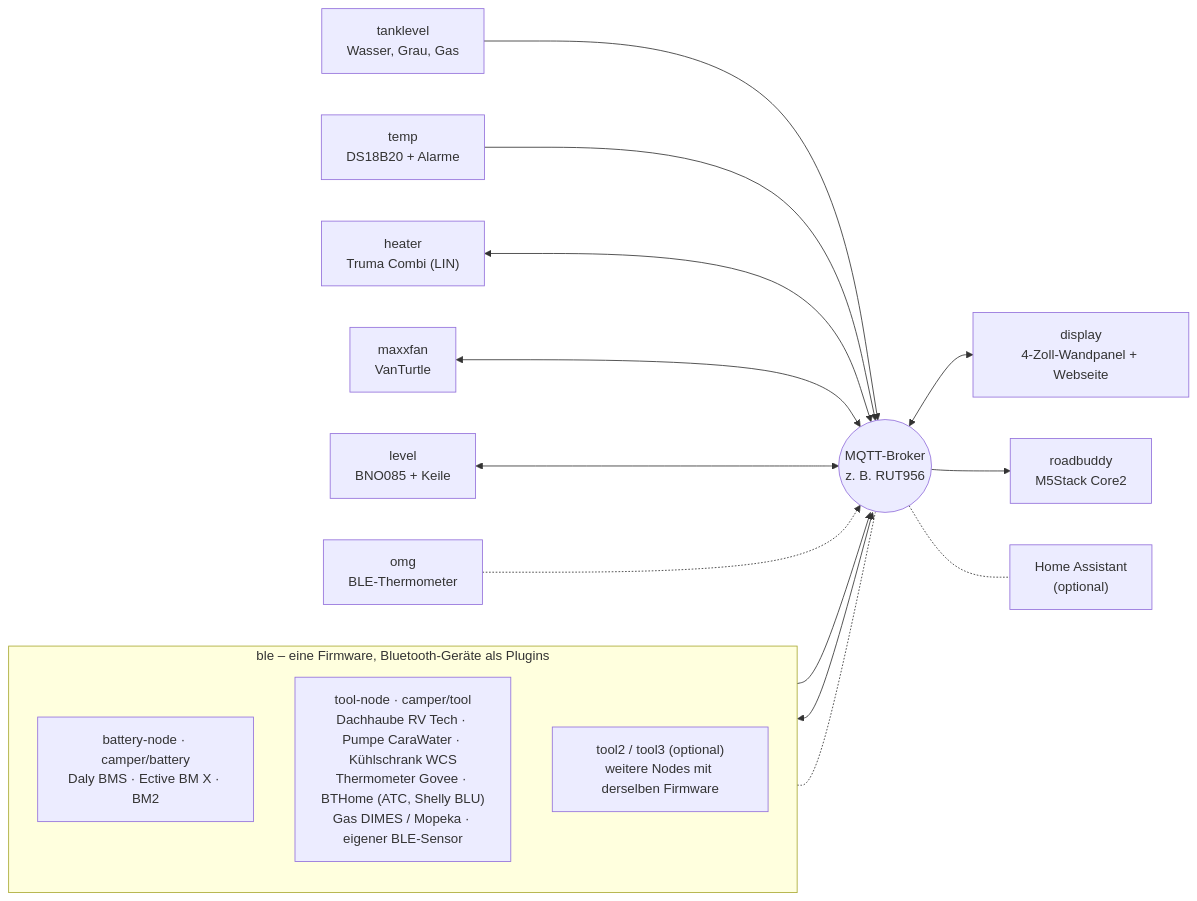
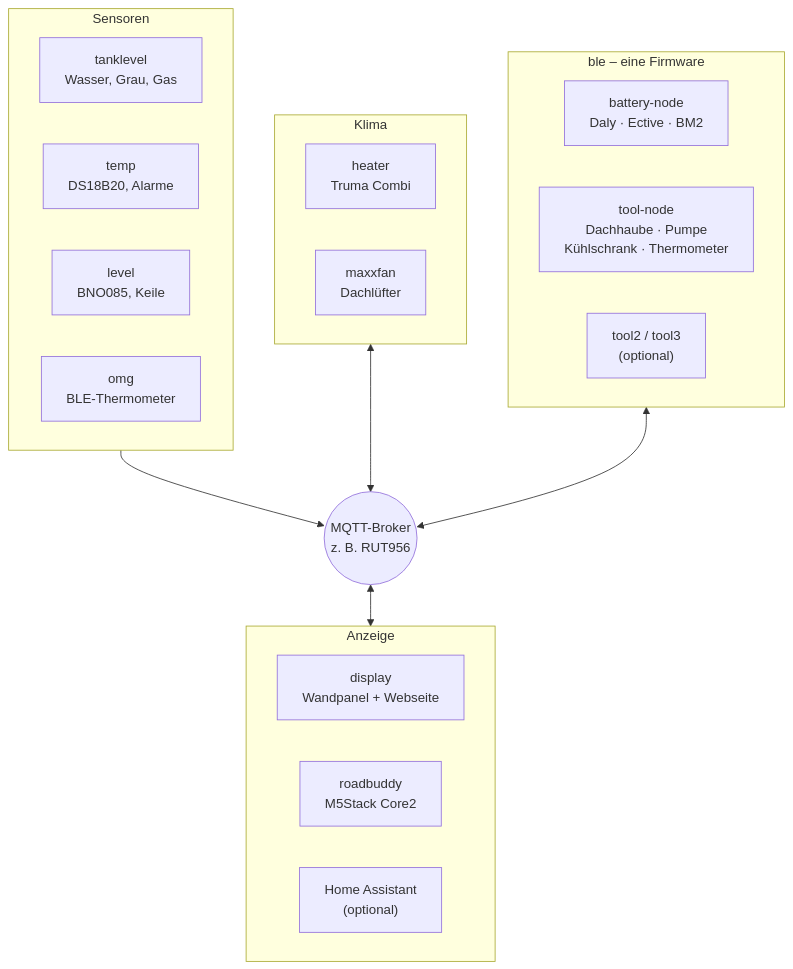
One commit to hflocki/vannode changed the diagram in README.de.md. Above: the diagram before and after it, drawn with Mermaid. The commit also changed 1 other file, not shown here.

Commit message:
README: simpler diagram (sensors, climate, ble, broker, displays)

````diff
--- a/README.de.md
+++ b/README.de.md
@@ -27,22 +27,28 @@
 ```mermaid
-flowchart LR
+flowchart TB
+  subgraph sens["Sensoren"]
+    tank["tanklevel<br/>Wasser, Grau, Gas"]
+    temp["temp<br/>DS18B20, Alarme"]
+    level["level<br/>BNO085, Keile"]
+    omg["omg<br/>BLE-Thermometer"]
+  end
+  subgraph clim["Klima"]
+    heater["heater<br/>Truma Combi"]
+    fan["maxxfan<br/>Dachlüfter"]
+  end
+  subgraph ble["ble – eine Firmware"]
+    bat["battery-node<br/>Daly · Ective · BM2"]
+    tool["tool-node<br/>Dachhaube · Pumpe<br/>Kühlschrank · Thermometer"]
+    more["tool2 / tool3<br/>(optional)"]
+  end
   broker(("MQTT-Broker<br/>z. B. RUT956"))
-  tank["tanklevel<br/>Wasser, Grau, Gas"] --> broker
-  temp["temp<br/>DS18B20 + Alarme"] --> broker
-  heater["heater<br/>Truma Combi (LIN)"] <--> broker
-  fan["maxxfan<br/>VanTurtle"] <--> broker
-  level["level<br/>BNO085 + Keile"] <--> broker
-  omg["omg<br/>BLE-Thermometer"] -.-> broker
-  subgraph ble["ble – eine Firmware, Bluetooth-Geräte als Plugins"]
-    direction TB
-    bat["battery-node · camper/battery<br/>Daly BMS · Ective BM X · BM2"]
-    tool["tool-node · camper/tool<br/>Dachhaube RV Tech · Pumpe CaraWater · Kühlschrank WCS<br/>Thermometer Govee · BTHome (ATC, Shelly BLU)<br/>Gas DIMES / Mopeka · eigener BLE-Sensor"]
-    more["tool2 / tool3 (optional)<br/>weitere Nodes mit derselben Firmware"]
+  subgraph ui["Anzeige"]
+    display["display<br/>Wandpanel + Webseite"]
+    rb["roadbuddy<br/>M5Stack Core2"]
+    ha["Home Assistant<br/>(optional)"]
   end
-  bat --> broker
-  tool <--> broker
-  more -.- broker
-  broker <--> display["display<br/>4-Zoll-Wandpanel + Webseite"]
-  broker --> rb["roadbuddy<br/>M5Stack Core2"]
-  broker -.- ha["Home Assistant<br/>(optional)"]
+  sens --> broker
+  clim <--> broker
+  ble <--> broker
+  broker <--> ui
 ```
````
